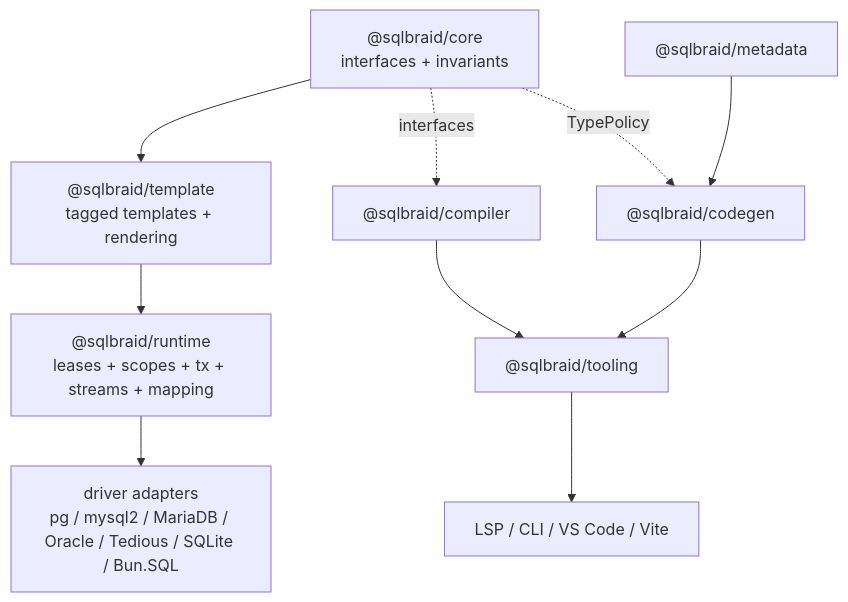
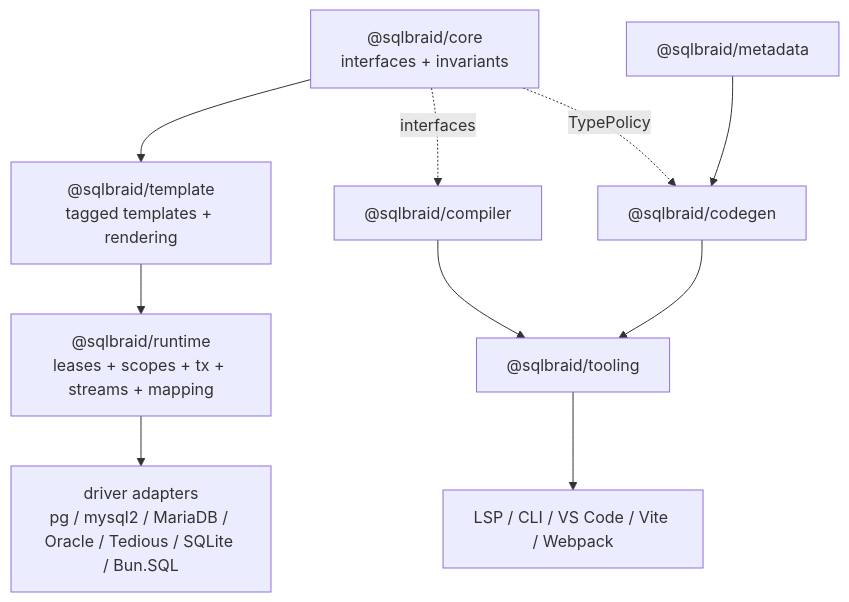
Before and after one commit to Clickin/SQLBraid: the second of 5 diagrams in docs/mental-model.md, drawn with Mermaid. The commit also changed other lines of this file and 29 other files, not shown here.

````diff
--- a/docs/mental-model.md
+++ b/docs/mental-model.md
@@ -24,18 +24,18 @@
 ```mermaid
 flowchart TB
   CORE["@sqlbraid/core<br/>interfaces + invariants"]
   TEMPLATE["@sqlbraid/template<br/>tagged templates + rendering"]
   RUNTIME["@sqlbraid/runtime<br/>leases + scopes + tx + streams + mapping"]
   ADAPTERS["driver adapters<br/>pg / mysql2 / MariaDB / Oracle / Tedious / SQLite / Bun.SQL"]
   CORE --> TEMPLATE --> RUNTIME --> ADAPTERS
 
   COMPILER["@sqlbraid/compiler"]
   METADATA["@sqlbraid/metadata"]
   CODEGEN["@sqlbraid/codegen"]
   TOOLING["@sqlbraid/tooling"]
-  LSP["LSP / CLI / VS Code / Vite"]
+  LSP["LSP / CLI / VS Code / Vite / Webpack"]
   COMPILER --> TOOLING --> LSP
   METADATA --> CODEGEN --> TOOLING
   CORE -. interfaces .-> COMPILER
   CORE -. TypePolicy .-> CODEGEN
 ```
````
